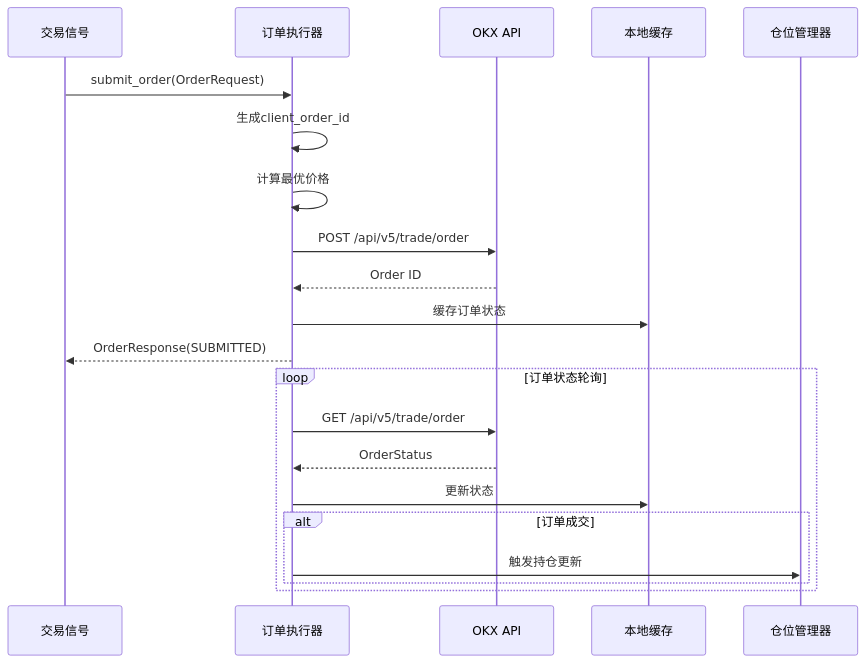
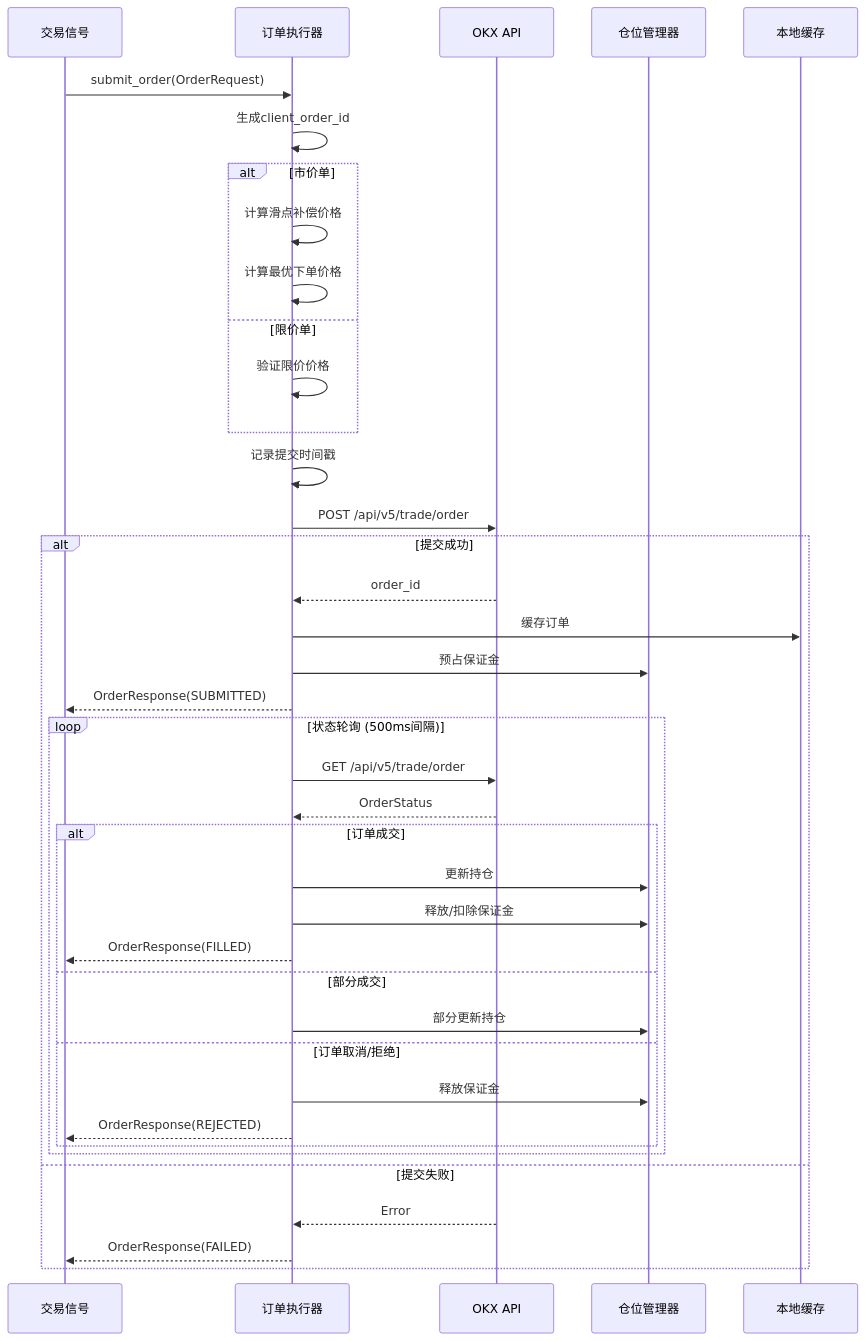
One commit to DarwinHo/crypto-trend-trading changed the fourth of 7 diagrams in .monkeycode/specs/crypto-trend-trading-system/design.md. Above: the diagram before and after it, drawn with Mermaid. The commit also changed other lines of this file, not shown here.

````diff
--- a/.monkeycode/specs/crypto-trend-trading-system/design.md
+++ b/.monkeycode/specs/crypto-trend-trading-system/design.md
@@ -522,25 +897,49 @@
 ```mermaid
 sequenceDiagram
     participant Signal as 交易信号
     participant OE as 订单执行器
-    participant OKX as OKX API
+    participant API as OKX API
+    participant PM as 仓位管理器
     participant Cache as 本地缓存
-    participant PM as 仓位管理器
     
     Signal->>OE: submit_order(OrderRequest)
+    
     OE->>OE: 生成client_order_id
-    OE->>OE: 计算最优价格
-    OE->>OKX: POST /api/v5/trade/order
-    OKX-->>OE: Order ID
-    OE->>Cache: 缓存订单状态
-    OE-->>Signal: OrderResponse(SUBMITTED)
     
-    loop 订单状态轮询
-        OE->>OKX: GET /api/v5/trade/order
-        OKX-->>OE: OrderStatus
-        OE->>Cache: 更新状态
-        alt 订单成交
-            OE->>PM: 触发持仓更新
+    alt 市价单
+        OE->>OE: 计算滑点补偿价格
+        OE->>OE: 计算最优下单价格
+    else 限价单
+        OE->>OE: 验证限价价格
+    end
+    
+    OE->>OE: 记录提交时间戳
+    OE->>API: POST /api/v5/trade/order
+    
+    alt 提交成功
+        API-->>OE: order_id
+        OE->>Cache: 缓存订单
+        OE->>PM: 预占保证金
+        OE-->>Signal: OrderResponse(SUBMITTED)
+        
+        loop 状态轮询 (500ms间隔)
+            OE->>API: GET /api/v5/trade/order
+            API-->>OE: OrderStatus
+            
+            alt 订单成交
+                OE->>PM: 更新持仓
+                OE->>PM: 释放/扣除保证金
+                OE-->>Signal: OrderResponse(FILLED)
+            else 部分成交
+                OE->>PM: 部分更新持仓
+            else 订单取消/拒绝
+                OE->>PM: 释放保证金
+                OE-->>Signal: OrderResponse(REJECTED)
+            end
         end
+        
+    else 提交失败
+        API-->>OE: Error
+        OE-->>Signal: OrderResponse(FAILED)
     end
 ```
````
